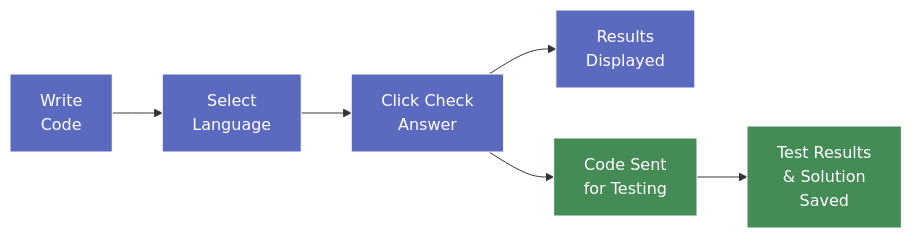
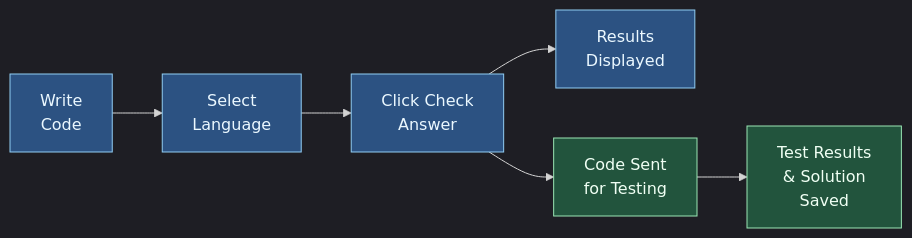
The third of 5 diagrams in docs/Architecture_and_Tech_Stack.md (PatrickJYKang/problem_generator), drawn with Mermaid before and after one commit. The commit also changed other lines of this file and 66 other files, not shown here.

````diff
--- a/docs/Architecture_and_Tech_Stack.md
+++ b/docs/Architecture_and_Tech_Stack.md
@@ -101,15 +121,16 @@
 ```mermaid
+%%{init: {'theme': 'dark'}}%%
 flowchart LR
     A["Write\nCode"] --> B["Select\nLanguage"]
     B --> C["Click Check\nAnswer"]
     C --> D["Results\nDisplayed"]
     C --> E["Code Sent\nfor Testing"]
     E --> F["Test Results\n& Solution\nSaved"]
     
     %% Using colors optimized for dark mode readability
-    classDef userActions fill:#5b6abf,stroke:#fff,stroke-width:1px,color:#fff;
-    classDef systemActions fill:#458b55,stroke:#fff,stroke-width:1px,color:#fff;
+    classDef userActions fill:#2C5282,stroke:#90CDF4,stroke-width:1px,color:#EBF8FF;
+    classDef systemActions fill:#22543D,stroke:#9AE6B4,stroke-width:1px,color:#F0FFF4;
     
     class A,B,C,D userActions;
     class E,F systemActions;
 ```
````
